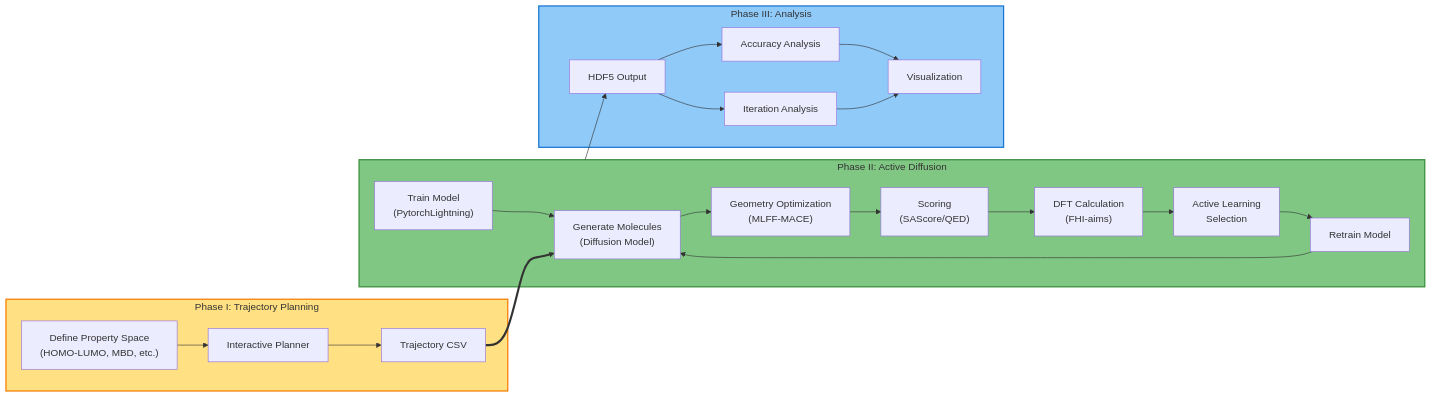
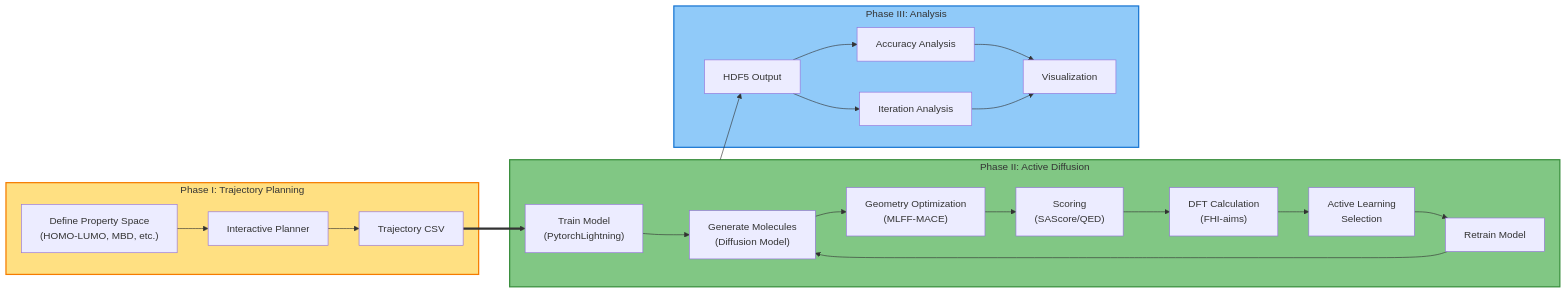
The first of 2 diagrams in README.md (lmedranos/qalpa), drawn with Mermaid before and after one commit. The commit also changed other lines of this file, not shown here.

````diff
--- a/README.md
+++ b/README.md
@@ -24,38 +24,38 @@
 ```mermaid
 flowchart LR
     subgraph phase1["Phase I: Trajectory Planning"]
         A["Define Property Space<br/>(HOMO-LUMO, MBD, etc.)"]
         B["Interactive Planner"]
         C["Trajectory CSV"]
         A --> B --> C
     end
     
     subgraph phase2["Phase II: Active Diffusion"]
         T["Train Model<br/>(PytorchLightning)"]
         D["Generate Molecules<br/>(Diffusion Model)"]
         G["Geometry Optimization<br/>(MLFF-MACE)"]
         S["Scoring<br/>(SAScore/QED)"]
         E["DFT Calculation<br/>(FHI-aims)"]
         F["Active Learning<br/>Selection"]
         R["Retrain Model"]
         T --> D --> G --> S--> E --> F --> R --> D
     end
     
     subgraph phase3["Phase III:  Analysis"]
         H["HDF5 Output"]
         I["Accuracy Analysis"]
         J["Iteration Analysis"]
         K["Visualization"]
         H --> I
         H --> J
         I --> K
         J --> K
     end
     
-    C ==> D
+    C ==> T
     phase2 --> H
     
     style phase1 fill:#FFE082,stroke:#F57C00,stroke-width: 2px
     style phase2 fill:#81C784,stroke:#388E3C,stroke-width: 2px
     style phase3 fill:#90CAF9,stroke:#1976D2,stroke-width: 2px
 ```
````
